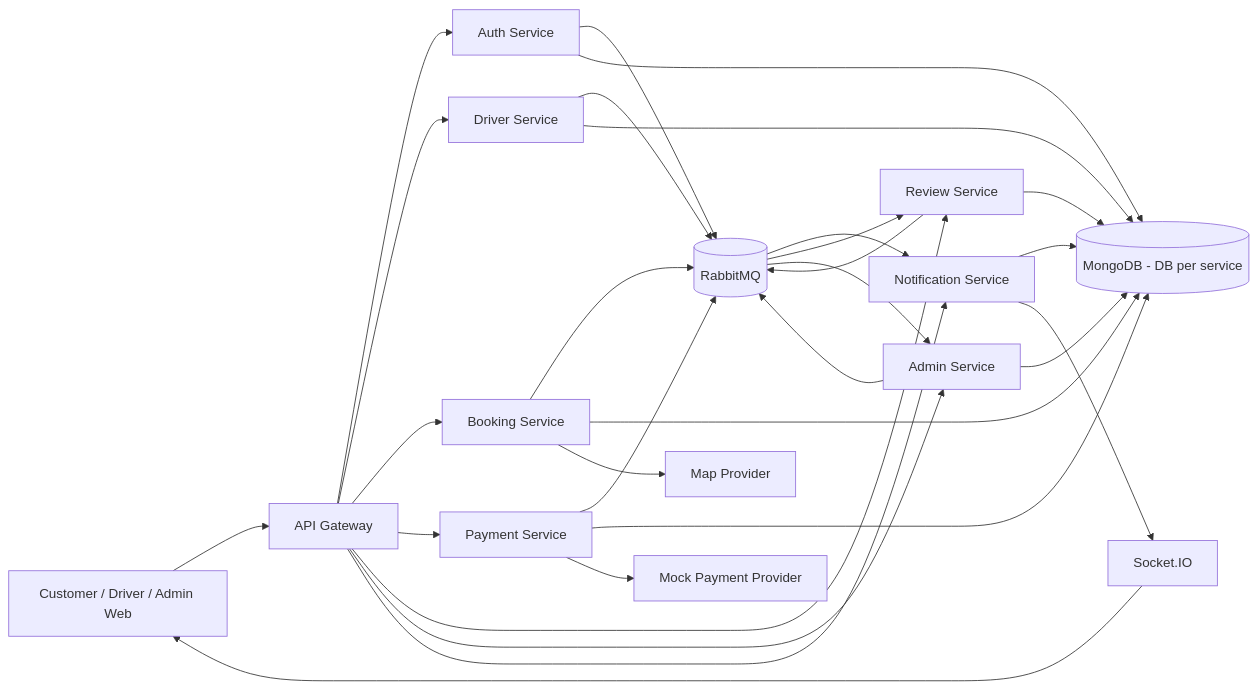
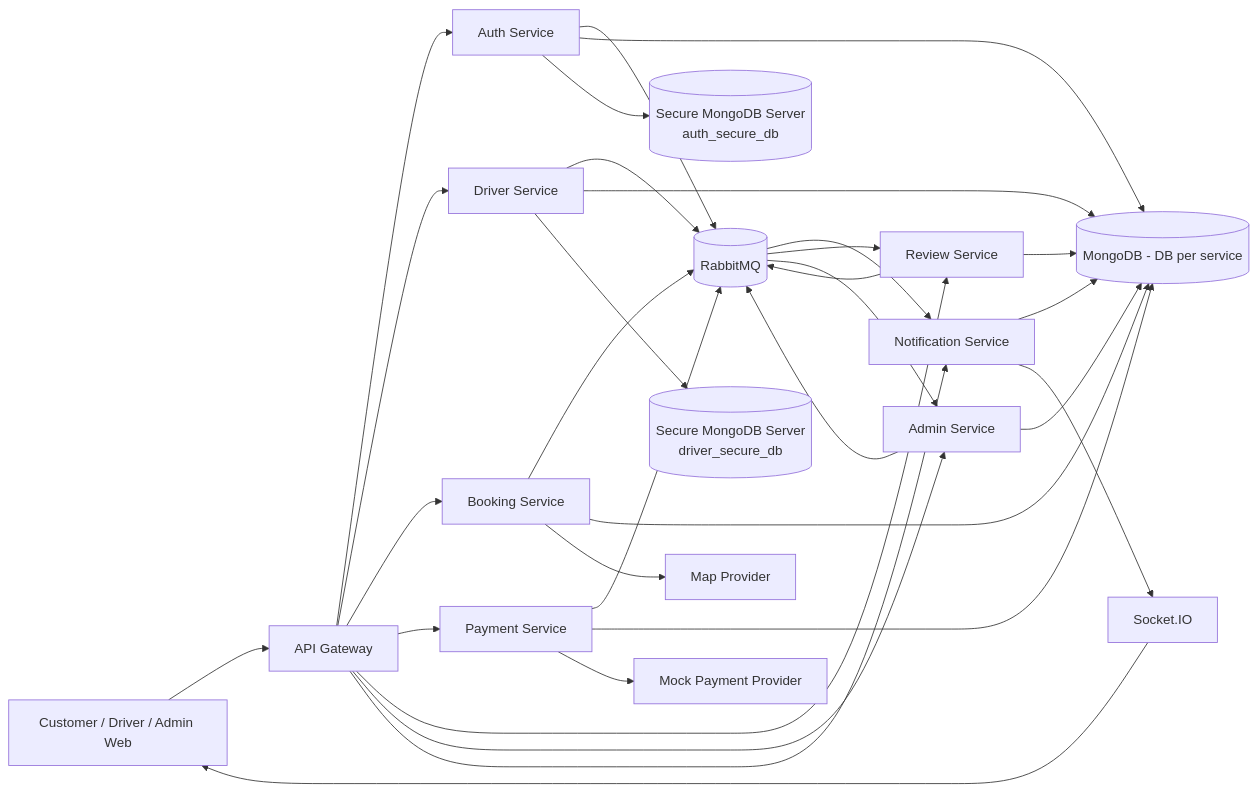
One commit to toru12030-netizen/23732061_MaiQuocHung_CabSystem changed the diagram in micro_service/micro_service_design.md. Above: the diagram before and after it, drawn with Mermaid. The commit also changed other lines of this file and 1 other file, not shown here.

````diff
--- a/micro_service/micro_service_design.md
+++ b/micro_service/micro_service_design.md
@@ -62,31 +92,33 @@
 ```mermaid
 flowchart LR
     Client[Customer / Driver / Admin Web] --> Gateway[API Gateway]
     Gateway --> Auth[Auth Service]
     Gateway --> Driver[Driver Service]
     Gateway --> Booking[Booking Service]
     Gateway --> Payment[Payment Service]
     Gateway --> Review[Review Service]
     Gateway --> Admin[Admin Service]
     Gateway --> Notify[Notification Service]
     Auth --> MQ[(RabbitMQ)]
     Driver --> MQ
     Booking --> MQ
     Payment --> MQ
     Review --> MQ
     Admin --> MQ
     MQ --> Notify
     MQ --> Review
     MQ --> Admin
     Auth --> Mongo[(MongoDB - DB per service)]
     Driver --> Mongo
     Booking --> Mongo
     Payment --> Mongo
     Review --> Mongo
     Notify --> Mongo
     Admin --> Mongo
+    Auth --> SecureAuth[(Secure MongoDB Server<br/>auth_secure_db)]
+    Driver --> SecureDriver[(Secure MongoDB Server<br/>driver_secure_db)]
     Notify --> Socket[Socket.IO]
     Socket --> Client
     Payment --> PGW[Mock Payment Provider]
     Booking --> Map[Map Provider]
 ```
````
